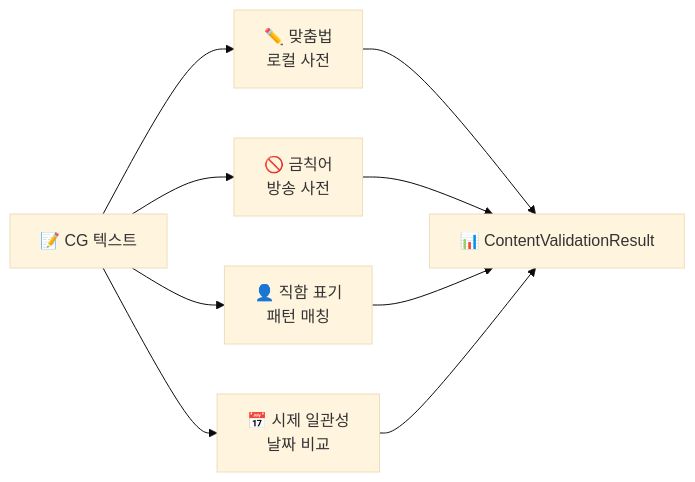
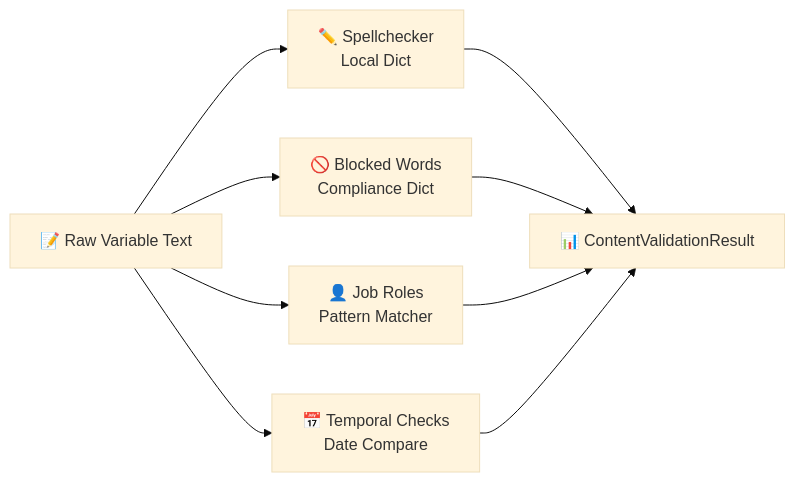
Before and after one commit to gkisanet/webcg-k: the fourth of 6 diagrams in webcg-k/docs/guide/NRCS_CUESHEET_WORKFLOW.md, drawn with Mermaid (base theme). The commit also changed other lines of this file and 39 other files, not shown here.

````diff
--- a/webcg-k/docs/guide/NRCS_CUESHEET_WORKFLOW.md
+++ b/webcg-k/docs/guide/NRCS_CUESHEET_WORKFLOW.md
@@ -426,11 +425,11 @@
 ```mermaid
 flowchart LR
-    T["📝 CG 텍스트"] --> S["✏️ 맞춤법<br/>로컬 사전"]
-    T --> P["🚫 금칙어<br/>방송 사전"]
-    T --> N["👤 직함 표기<br/>패턴 매칭"]
-    T --> D["📅 시제 일관성<br/>날짜 비교"]
+    T["📝 Raw Variable Text"] --> S["✏️ Spellchecker<br/>Local Dict"]
+    T --> P["🚫 Blocked Words<br/>Compliance Dict"]
+    T --> N["👤 Job Roles<br/>Pattern Matcher"]
+    T --> D["📅 Temporal Checks<br/>Date Compare"]
     S --> R["📊 ContentValidationResult"]
     P --> R
     N --> R
     D --> R
 ```
````
